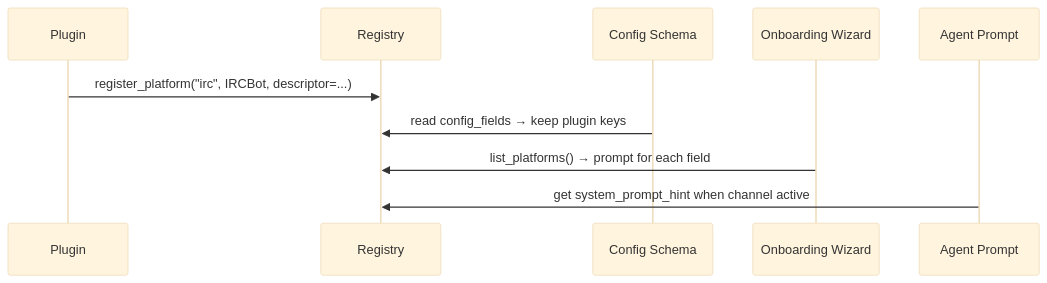
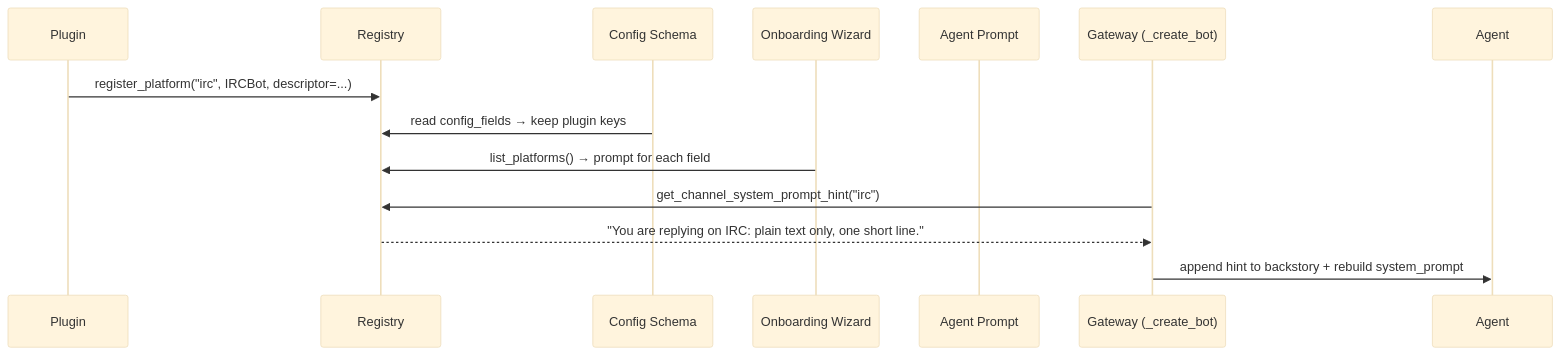
Before and after one commit to MervinPraison/PraisonAIDocs: the second of 2 diagrams in docs/features/channel-descriptor.mdx, drawn with Mermaid (base theme). The commit also changed other lines of this file and 3 other files, not shown here.

First line of the commit message:
docs: cover gateway/bot robustness gaps from PraisonAI PR #3622 (fixes #2613)

````diff
--- a/docs/features/channel-descriptor.mdx
+++ b/docs/features/channel-descriptor.mdx
@@ -64,13 +68,18 @@
 ```mermaid
 sequenceDiagram
     participant Plugin
     participant Registry
     participant Schema as Config Schema
     participant Wizard as Onboarding Wizard
     participant Prompt as Agent Prompt
 
+    participant Gateway as Gateway (_create_bot)
+    participant Agent
+
     Plugin->>Registry: register_platform("irc", IRCBot, descriptor=...)
     Schema->>Registry: read config_fields → keep plugin keys
     Wizard->>Registry: list_platforms() → prompt for each field
-    Prompt->>Registry: get system_prompt_hint when channel active
+    Gateway->>Registry: get_channel_system_prompt_hint("irc")
+    Registry-->>Gateway: "You are replying on IRC: plain text only, one short line."
+    Gateway->>Agent: append hint to backstory + rebuild system_prompt
 ```
````
